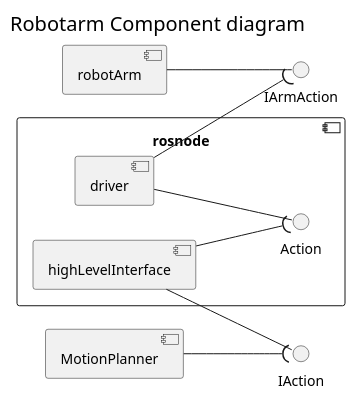
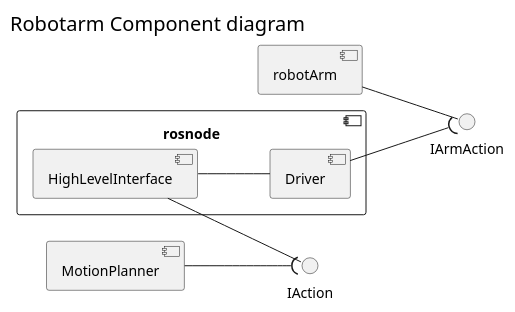
The diagram in documentation/componentDiagram.plantuml (JochemGrootherder1/WorWorld), drawn with PlantUML before and after one commit. The commit also changed 1 other file, not shown here.

Commit message:
diagram update

```diff
--- a/documentation/componentDiagram.plantuml
+++ b/documentation/componentDiagram.plantuml
@@ -1,24 +1,22 @@
 @startuml componentDiagram
 left header
 <font size=20 color=black>Robotarm Component diagram </font>
 endheader
 left to right direction
 
     [MotionPlanner] --( IAction
 
 
 component rosnode{
-    component highLevelInterface
-    [highLevelInterface] --( Action
-    [highLevelInterface] -- IAction
+    component HighLevelInterface
+    [HighLevelInterface] -- [Driver]
+    [HighLevelInterface] -- IAction
     
-    component driver
-    [driver] -- Action
 
 }
-    driver --( IArmAction
+    [Driver] --( IArmAction
 component robotArm{
 }
     robotArm -- IArmAction
 
 @enduml
```
